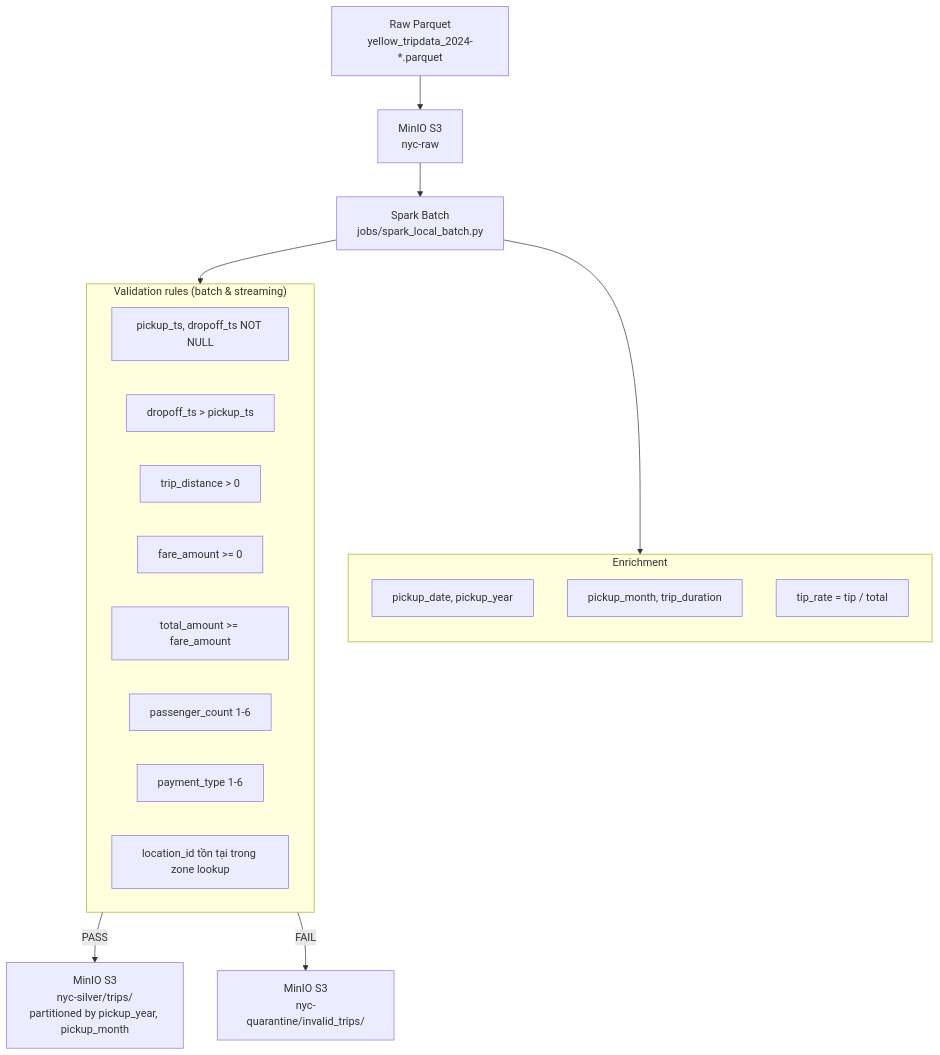
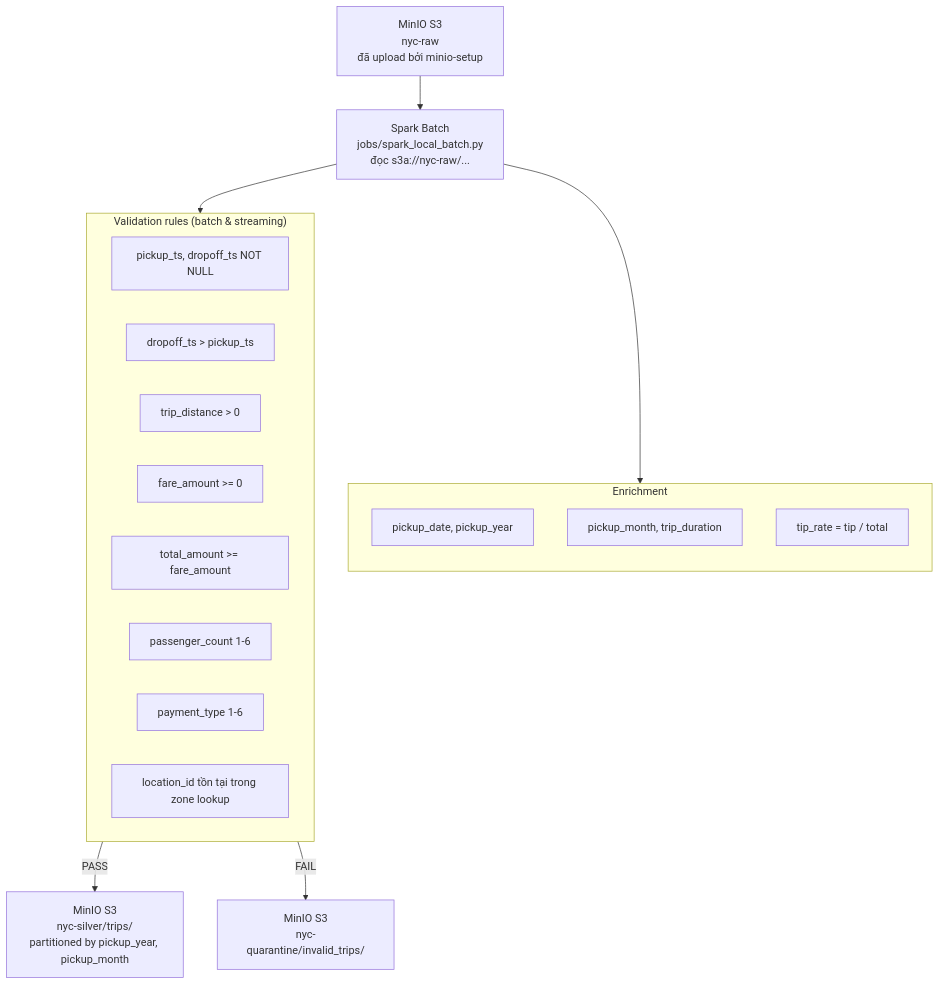
One commit to DawieMalmsteel/nyc_new changed the third of 5 diagrams in GUIDE.md. Above: the diagram before and after it, drawn with Mermaid. The commit also changed other lines of this file, not shown here.

Commit message:
Fix batch path: start from MinIO S3 not raw parquet
- Batch reads from MinIO nyc-raw (populated by minio-setup), not from local files
- Fix overview diagram: BMinio → BSpark (no raw parquet step)
- Fix batch detail: Minio nyc-raw → Spark (read s3a://nyc-raw/...)
- Remove duplicate mermaid fence

````diff
--- a/GUIDE.md
+++ b/GUIDE.md
@@ -270,28 +269,26 @@
 ```mermaid
 flowchart TB
-    Raw[Raw Parquet<br/>yellow_tripdata_2024-*.parquet] --> Minio[MinIO S3<br/>nyc-raw]
-    Minio --> Spark[Spark Batch<br/>jobs/spark_local_batch.py]
-
+    Minio[MinIO S3<br/>nyc-raw<br/>đã upload bởi minio-setup] --> Spark[Spark Batch<br/>jobs/spark_local_batch.py<br/>đọc s3a://nyc-raw/...]
     subgraph Enrich["Enrichment"]
         direction TB
         E1[pickup_date, pickup_year]
         E2[pickup_month, trip_duration]
         E3[tip_rate = tip / total]
     end
 
     subgraph Validate["Validation rules (batch & streaming)"]
         V1[pickup_ts, dropoff_ts NOT NULL]
         V2[dropoff_ts > pickup_ts]
         V3[trip_distance > 0]
         V4[fare_amount >= 0]
         V5[total_amount >= fare_amount]
         V6[passenger_count 1-6]
         V7[payment_type 1-6]
         V8[location_id tồn tại trong zone lookup]
     end
 
     Spark --> Enrich
     Spark --> Validate
     Validate -->|PASS| Silver[MinIO S3<br/>nyc-silver/trips/<br/>partitioned by pickup_year, pickup_month]
     Validate -->|FAIL| Quarantine[MinIO S3<br/>nyc-quarantine/invalid_trips/]
 ```
````
